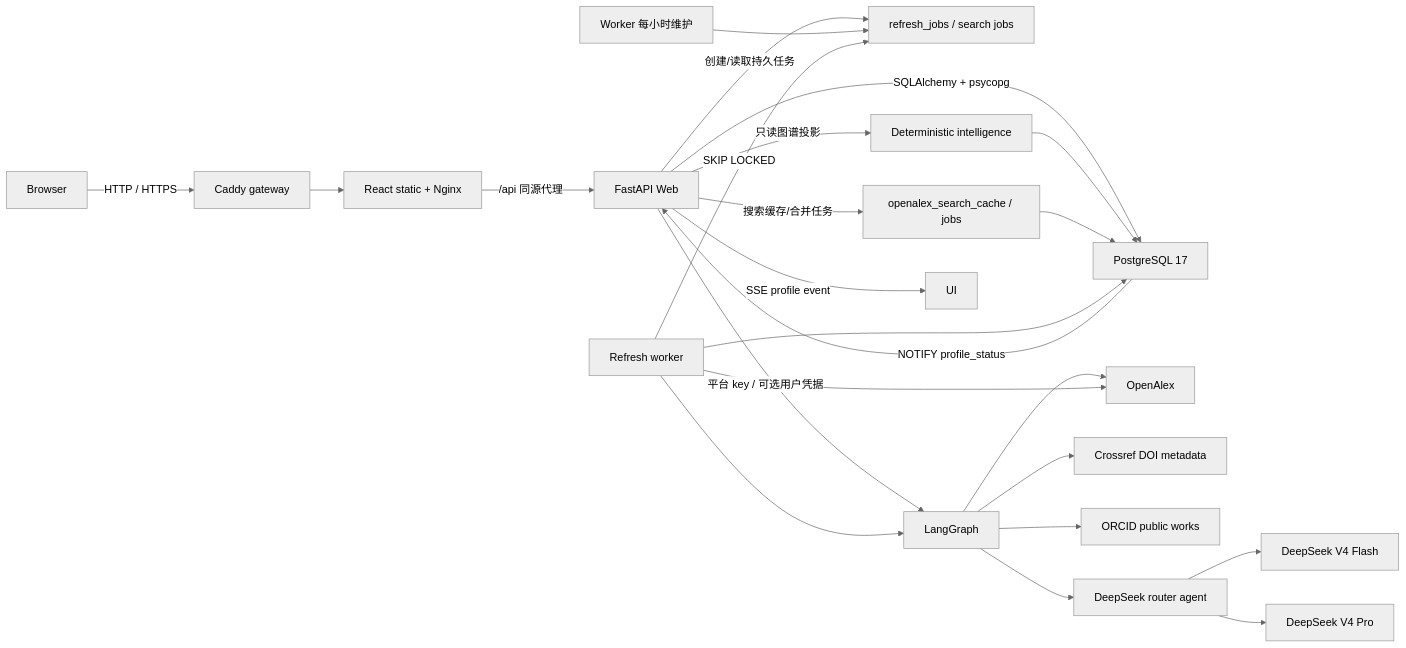
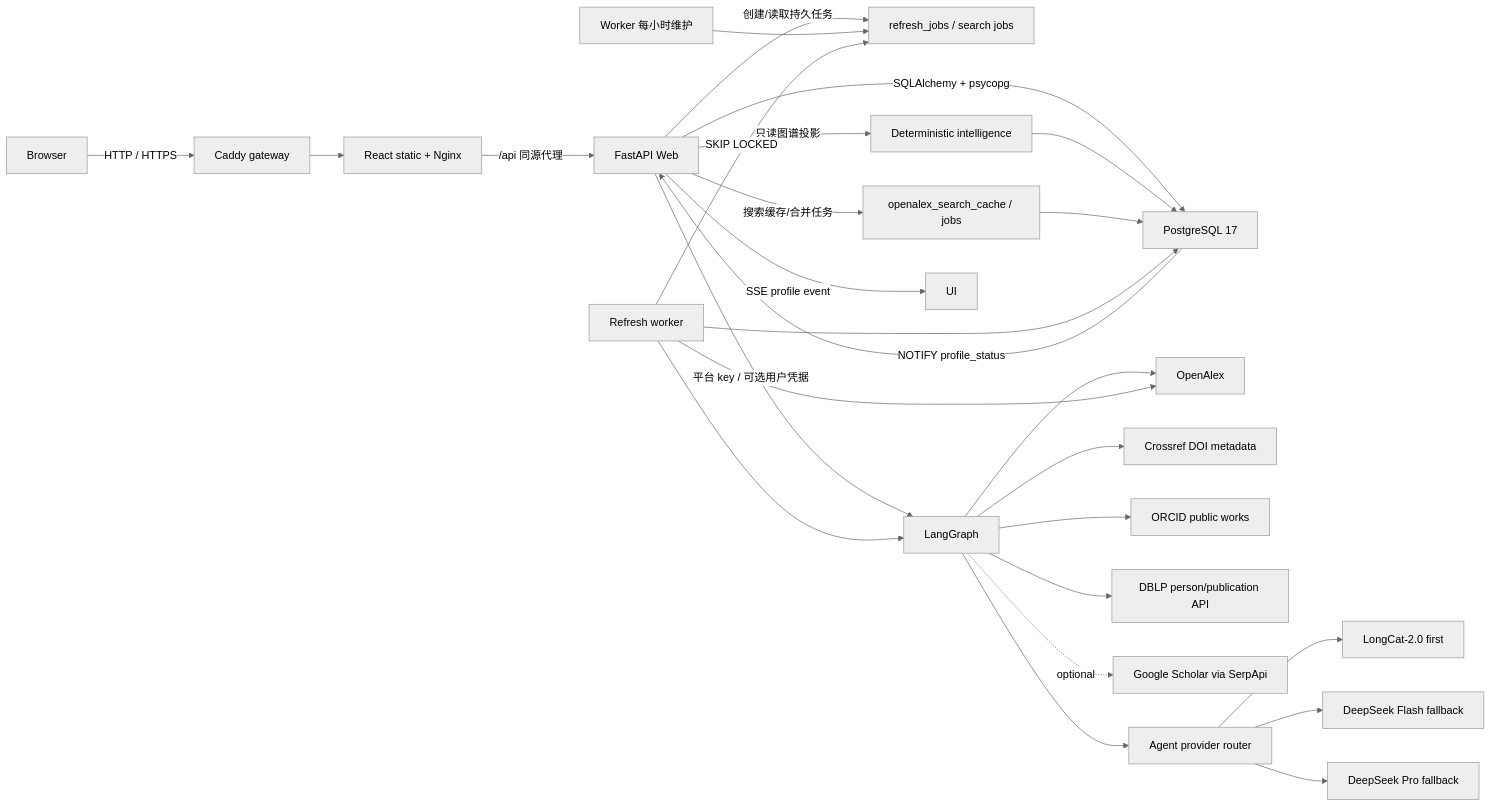
Before and after one commit to AlexYuanch/scholar_search: the diagram in docs/ARCHITECTURE.md, drawn with Mermaid (neutral theme). The commit also changed other lines of this file and 25 other files, not shown here.

````diff
--- a/docs/ARCHITECTURE.md
+++ b/docs/ARCHITECTURE.md
@@ -5,26 +5,29 @@
 ```mermaid
 flowchart LR
   CLIENT["Browser"] -->|"HTTP / HTTPS"| CADDY["Caddy gateway"]
   CADDY --> NGINX["React static + Nginx"]
   NGINX -->|"/api 同源代理"| API["FastAPI Web"]
   API -->|"SQLAlchemy + psycopg"| PG["PostgreSQL 17"]
   API -->|"创建/读取持久任务"| JOB["refresh_jobs / search jobs"]
   API -->|"只读图谱投影"| INTEL["Deterministic intelligence"]
   INTEL --> PG
   API -->|"平台 key / 可选用户凭据"| WF["LangGraph"]
   API -->|"搜索缓存/合并任务"| SEARCH["openalex_search_cache / jobs"]
   SEARCH --> PG
   WF --> OA["OpenAlex"]
   WF --> CR["Crossref DOI metadata"]
   WF --> ORCID["ORCID public works"]
-  WF --> ROUTER["DeepSeek router agent"]
-  ROUTER --> FLASH["DeepSeek V4 Flash"]
-  ROUTER --> PRO["DeepSeek V4 Pro"]
+  WF --> DBLP["DBLP person/publication API"]
+  WF -. optional .-> GS["Google Scholar via SerpApi"]
+  WF --> ROUTER["Agent provider router"]
+  ROUTER --> LONGCAT["LongCat-2.0 first"]
+  ROUTER --> FLASH["DeepSeek Flash fallback"]
+  ROUTER --> PRO["DeepSeek Pro fallback"]
   MAINT["Worker 每小时维护"] --> JOB
   WORKER["Refresh worker"] -->|"SKIP LOCKED"| JOB
   WORKER --> OA
   WORKER --> WF
   WORKER --> PG
   PG -->|"NOTIFY profile_status"| API
   API -->|"SSE profile event"| UI
 ```
````
